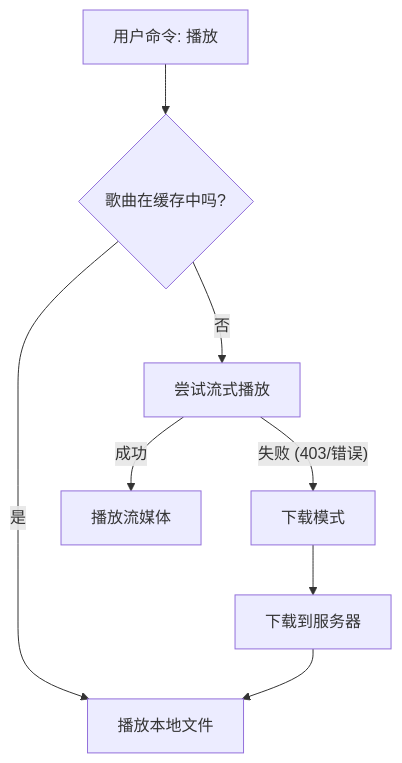
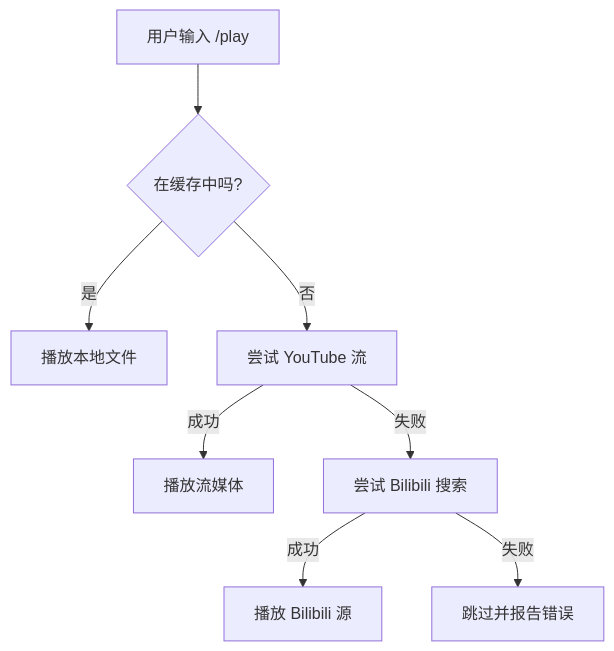
Before and after one commit to Horoaw/Music_bot: the diagram in README_CN.md, drawn with Mermaid. The commit also changed other lines of this file and 1 other file, not shown here.

````diff
--- a/README_CN.md
+++ b/README_CN.md
@@ -112,10 +88,10 @@
 ```mermaid
 graph TD
-    A[用户命令: 播放] --> B{歌曲在缓存中吗?}
+    A[用户输入 /play] --> B{在缓存中吗?}
     B -- 是 --> C[播放本地文件]
-    B -- 否 --> D[尝试流式播放]
+    B -- 否 --> D[尝试 YouTube 流]
     D -- 成功 --> E[播放流媒体]
-    D -- 失败 (403/错误) --> F[下载模式]
-    F --> G[下载到服务器]
-    G --> C
+    D -- 失败 --> F[尝试 Bilibili 搜索]
+    F -- 成功 --> G[播放 Bilibili 源]
+    F -- 失败 --> H[跳过并报告错误]
 ```
````
